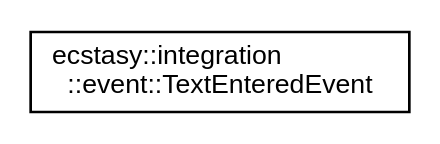
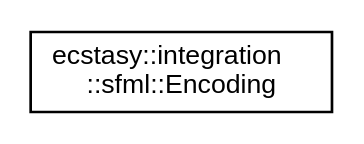
One commit to AndreasLrx/ecstasy changed the diagram in inherit_graph_24.dot. Above: the diagram before and after it, drawn with Graphviz. The commit also changed 394 other files, not shown here.

```diff
--- a/inherit_graph_24.dot
+++ b/inherit_graph_24.dot
@@ -1,8 +1,8 @@
 digraph "Graphical Class Hierarchy"
 {
  // LATEX_PDF_SIZE
   edge [fontname="Helvetica",fontsize="10",labelfontname="Helvetica",labelfontsize="10"];
   node [fontname="Helvetica",fontsize="10",shape=record];
   rankdir="LR";
-  Node0 [label="ecstasy::integration\l::event::TextEnteredEvent",height=0.2,width=0.4,color="black", fillcolor="white", style="filled",URL="$structecstasy_1_1integration_1_1event_1_1_text_entered_event.html",tooltip="Event describing a text (character) entered."];
+  Node0 [label="ecstasy::integration\l::sfml::Encoding",height=0.2,width=0.4,color="black", fillcolor="white", style="filled",URL="$classecstasy_1_1integration_1_1sfml_1_1_encoding.html",tooltip=" "];
 }
```
